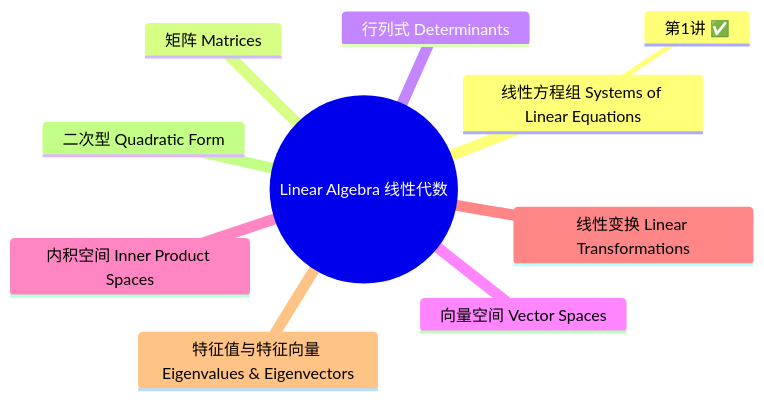
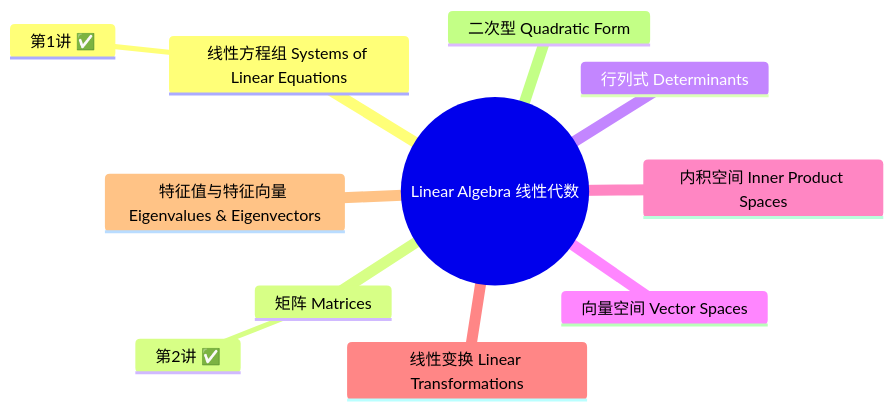
One commit to Korotomx/STD changed the diagram in Math/Linear Algebra/主页.md. Above: the diagram before and after it, drawn with Mermaid. The commit also changed other lines of this file and 3 other files, not shown here.

````diff
--- a/Math/Linear Algebra/主页.md
+++ b/Math/Linear Algebra/主页.md
@@ -12,13 +12,14 @@
 ```mermaid
 mindmap
   root((Linear Algebra 线性代数))
     线性方程组 Systems of Linear Equations
       第1讲 ✅
     矩阵 Matrices
+      第2讲 ✅
     行列式 Determinants
     向量空间 Vector Spaces
     内积空间 Inner Product Spaces
     线性变换 Linear Transformations
     特征值与特征向量 Eigenvalues & Eigenvectors
     二次型 Quadratic Form
 ```
````
